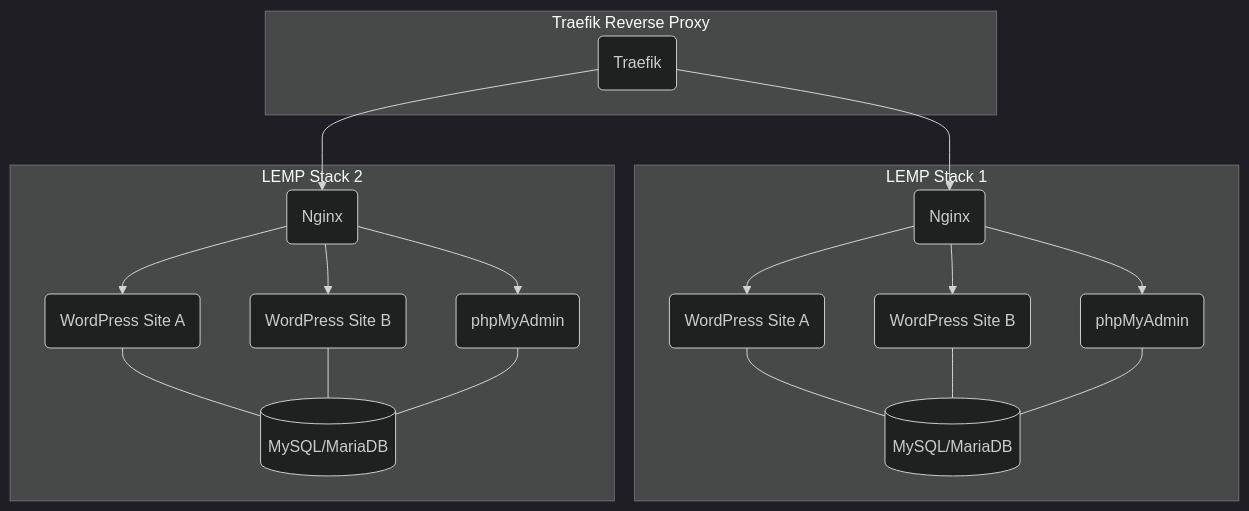
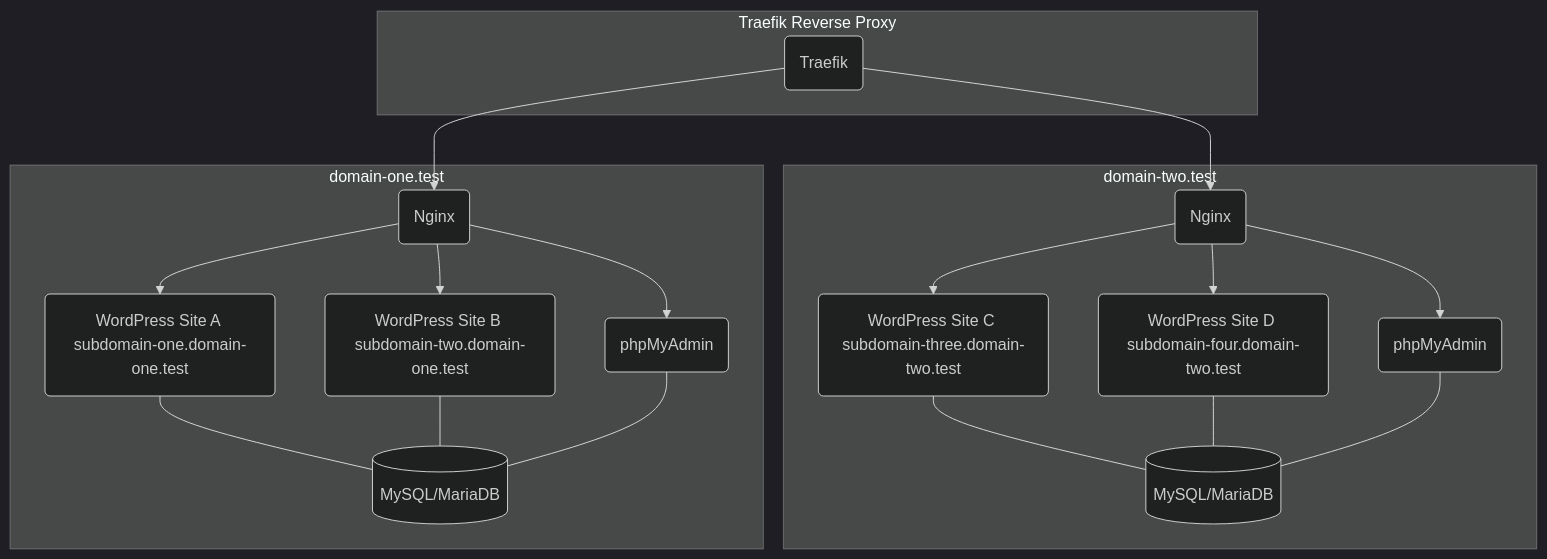
Before and after one commit to studiolxv/lxv-multistack-lemp: the diagram in README.md, drawn with Mermaid (dark theme). The commit also changed other lines of this file and 1 other file, not shown here.

````diff
--- a/README.md
+++ b/README.md
@@ -77,39 +134,39 @@
 ```mermaid
 graph TD
     subgraph Traefik Reverse Proxy
         T1(Traefik)
     end
 
-    subgraph LEMP Stack 1
+    subgraph domain-two.test
         N1(Nginx)
         DB1[(MySQL/MariaDB)]
         PMA1(phpMyAdmin)
-        WP1A(WordPress Site A)
-        WP1B(WordPress Site B)
+        WP1A(WordPress Site C subdomain-three.domain-two.test)
+        WP1B(WordPress Site D subdomain-four.domain-two.test)
     end
 
-    subgraph LEMP Stack 2
+    subgraph domain-one.test
         N2(Nginx)
         DB2[(MySQL/MariaDB)]
         PMA2(phpMyAdmin)
-        WP2A(WordPress Site A)
-        WP2B(WordPress Site B)
+        WP2A(WordPress Site A subdomain-one.domain-one.test)
+        WP2B(WordPress Site B subdomain-two.domain-one.test)
     end
 
     T1 --> N1
     T1 --> N2
 
     N1 --> WP1A
     N1 --> WP1B
     N1 --> PMA1
     WP1A --- DB1
     WP1B --- DB1
     PMA1 --- DB1
 
     N2 --> WP2A
     N2 --> WP2B
     N2 --> PMA2
     WP2A --- DB2
     WP2B --- DB2
     PMA2 --- DB2
 ```
````
